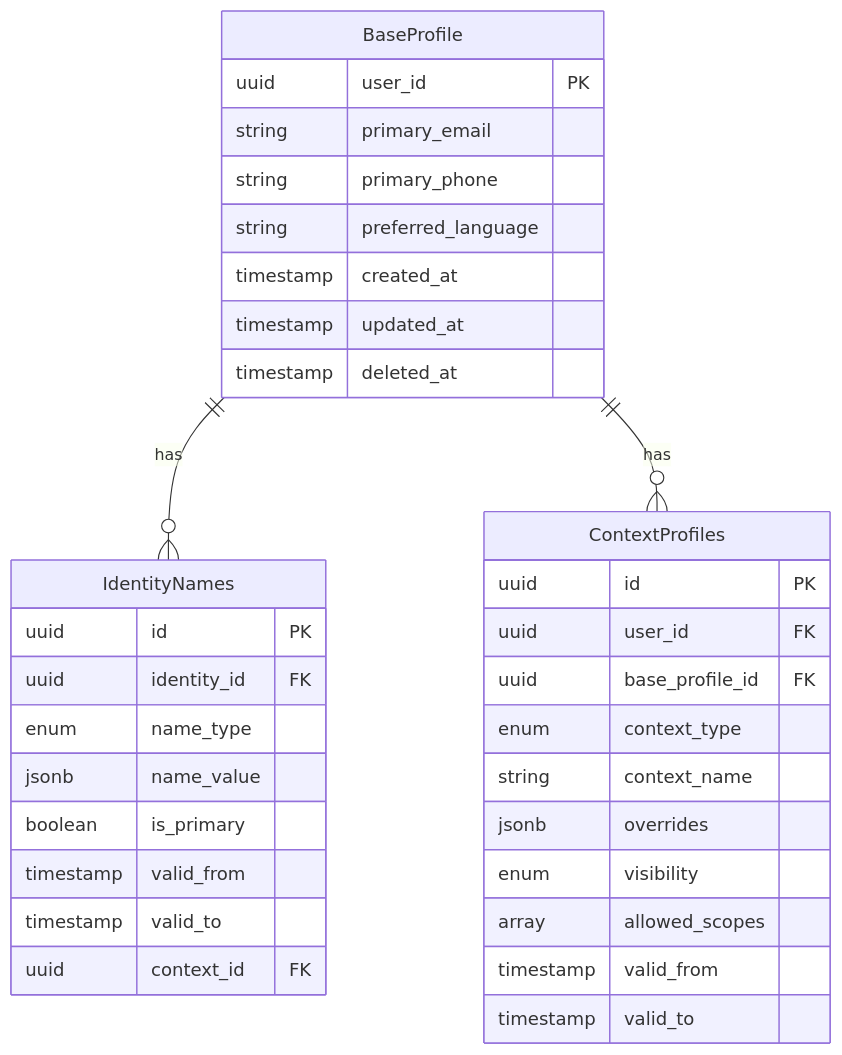
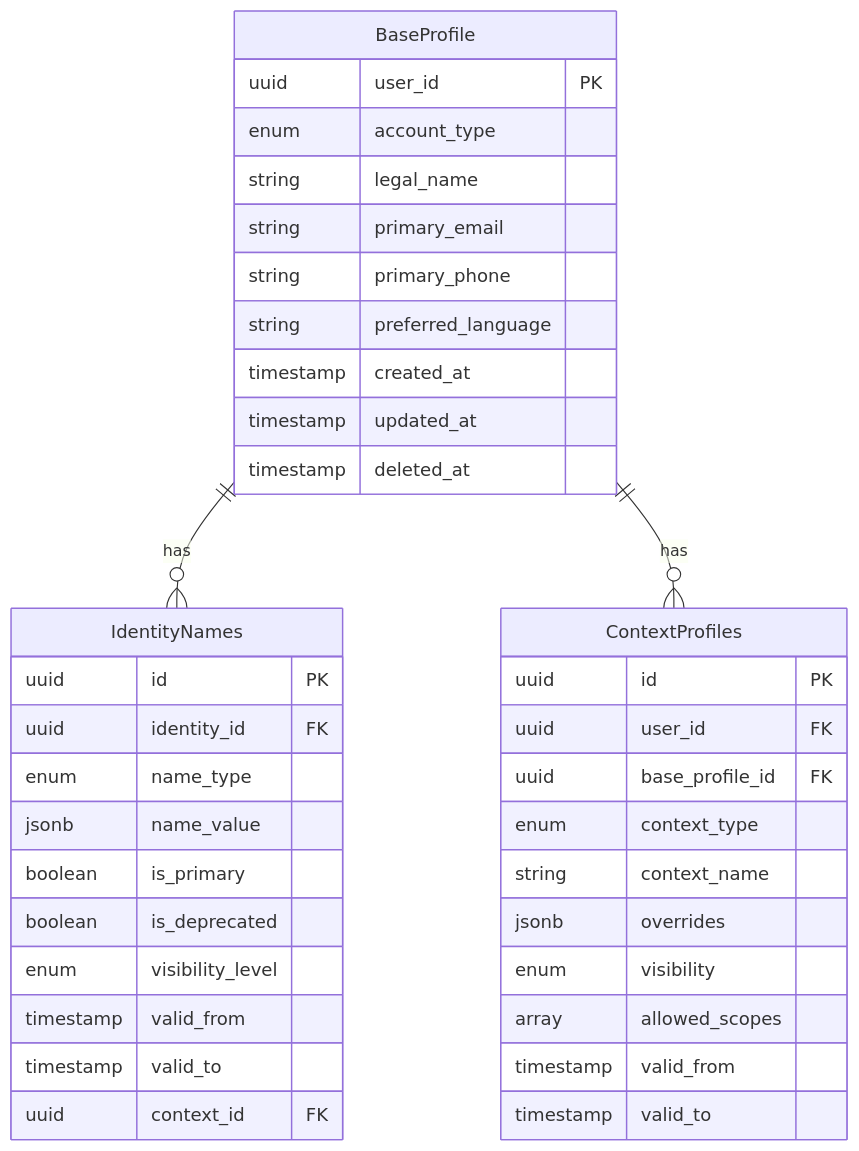
One commit to mastrolinux/final-project changed the first of 4 diagrams in architecture/data-architecture.qmd. Above: the diagram before and after it, drawn with Mermaid. The commit also changed other lines of this file and 9 other files, not shown here.

Commit message:
Revise identity management documentation to enhance clarity and inclusivity. Modified the project overview to emphasize cultural sensitivity. New UX design documentation for name input, outlining principles for culturally-sensitive name handling and progressive input flows.

````diff
--- a/architecture/data-architecture.qmd
+++ b/architecture/data-architecture.qmd
@@ -22,39 +22,43 @@
 ```mermaid
 erDiagram
     BaseProfile ||--o{ IdentityNames : has
     BaseProfile ||--o{ ContextProfiles : has
     
     BaseProfile {
         uuid user_id PK
+        enum account_type
+        string legal_name
         string primary_email
         string primary_phone
         string preferred_language
         timestamp created_at
         timestamp updated_at
         timestamp deleted_at
     }
     
     IdentityNames {
         uuid id PK
         uuid identity_id FK
         enum name_type
         jsonb name_value
         boolean is_primary
+        boolean is_deprecated
+        enum visibility_level
         timestamp valid_from
         timestamp valid_to
         uuid context_id FK
     }
     
     ContextProfiles {
         uuid id PK
         uuid user_id FK
         uuid base_profile_id FK
         enum context_type
         string context_name
         jsonb overrides
         enum visibility
         array allowed_scopes
         timestamp valid_from
         timestamp valid_to
     }
 ```
````
